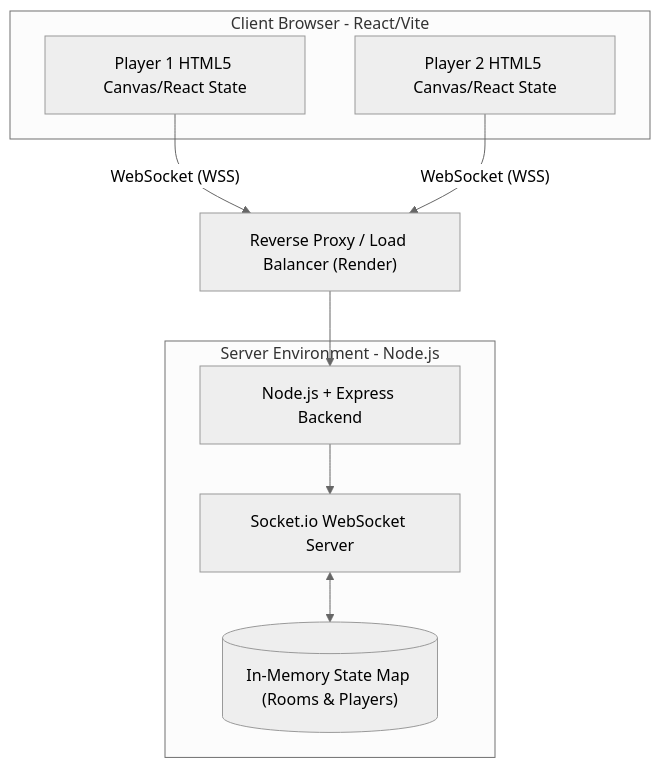
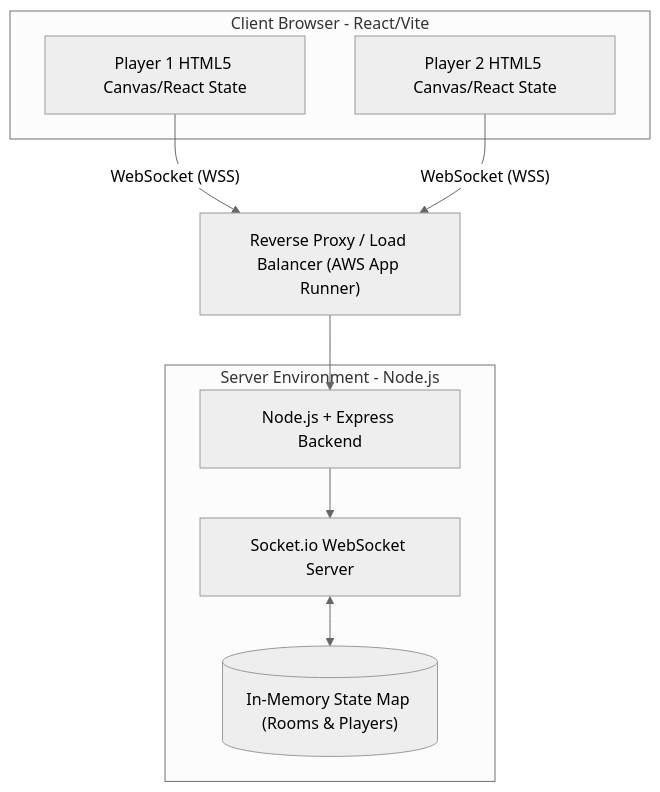
One commit to diegosfb/antigravity-workspace changed the diagram in architecture_readme.md. Above: the diagram before and after it, drawn with Mermaid (neutral theme). The commit also changed other lines of this file and 7 other files, not shown here.

Commit message:
chore: align rules and env architecture

````diff
--- a/architecture_readme.md
+++ b/architecture_readme.md
@@ -9,32 +9,32 @@
 ```mermaid
 flowchart TD
     %% Define Nodes
     Client1["Player 1 HTML5 Canvas/React State"]
     Client2["Player 2 HTML5 Canvas/React State"]
     
-    Proxy["Reverse Proxy / Load Balancer (Render)"]
+    Proxy["Reverse Proxy / Load Balancer (AWS App Runner)"]
     
     NodeServer["Node.js + Express Backend"]
     SocketIO["Socket.io WebSocket Server"]
     MemoryState[("In-Memory State Map (Rooms & Players)")]
     
     %% Relationships
     Client1 -- "WebSocket (WSS)" --> Proxy
     Client2 -- "WebSocket (WSS)" --> Proxy
     Proxy --> NodeServer
     
     NodeServer --> SocketIO
     SocketIO <--> MemoryState
     
     %% Grouping
     subgraph Frontend [Client Browser - React/Vite]
         Client1
         Client2
     end
     
     subgraph Backend [Server Environment - Node.js]
         NodeServer
         SocketIO
         MemoryState
     end
 ```
````
